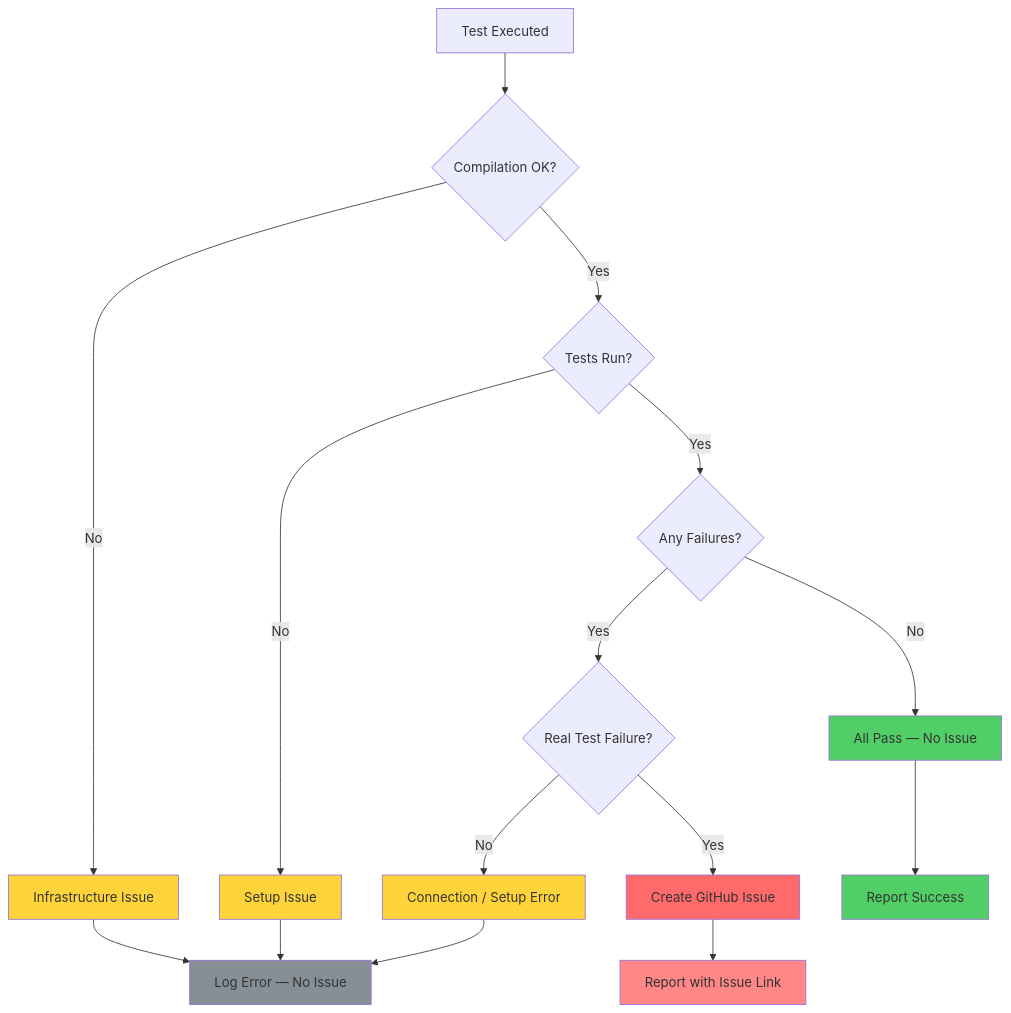
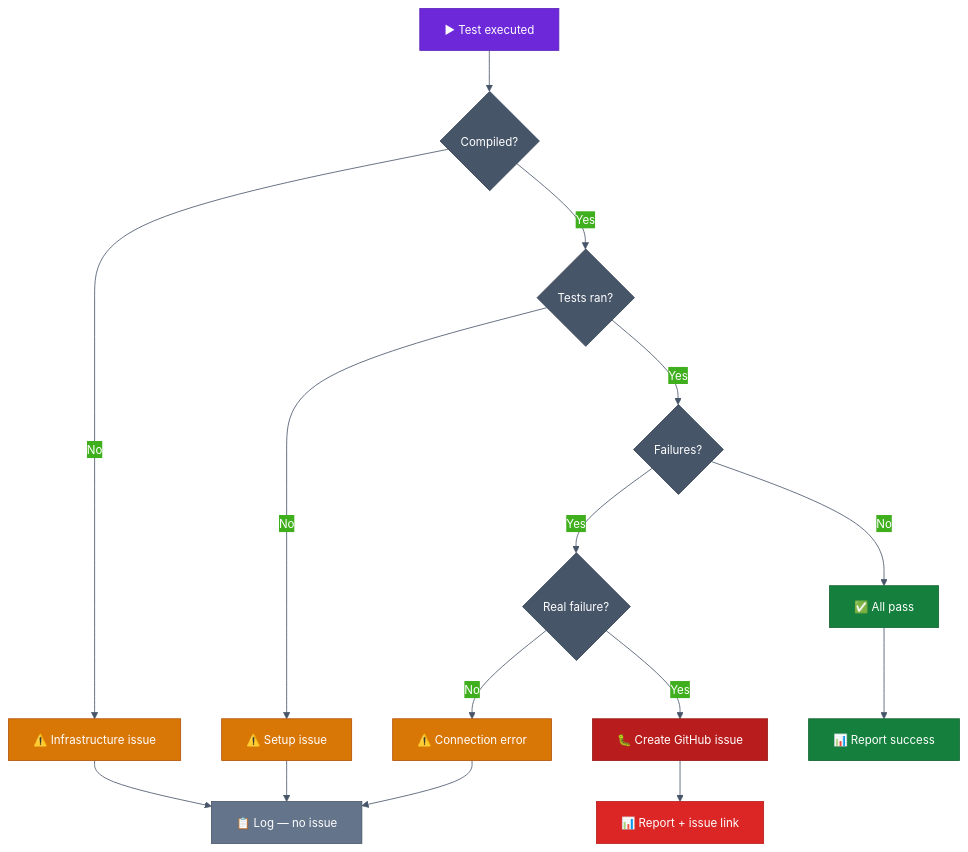
The fifth of 7 diagrams in docs/diagrams/architecture.md (aydabd/glens), drawn with Mermaid before and after one commit. The commit also changed other lines of this file and 5 other files, not shown here.

First line of the commit message:
docs: add Mermaid architecture diagrams for all modules

````diff
--- a/docs/diagrams/architecture.md
+++ b/docs/diagrams/architecture.md
@@ -90,27 +154,33 @@
 ```mermaid
+%%{init: {'theme': 'base', 'themeVariables': {'primaryColor': '#1e40af', 'primaryTextColor': '#fff', 'lineColor': '#475569', 'fontSize': '14px'}}}%%
 flowchart TD
-    A[Test Executed] --> B{Compilation OK?}
-    B -->|No| C[Infrastructure Issue]
-    B -->|Yes| D{Tests Run?}
-    D -->|No| E[Setup Issue]
-    D -->|Yes| F{Any Failures?}
-    F -->|No| G[All Pass — No Issue]
-    F -->|Yes| H{Real Test Failure?}
-    H -->|No| I[Connection / Setup Error]
-    H -->|Yes| J[Create GitHub Issue]
+    A["▶ Test executed"] --> B{Compiled?}
+    B -->|No| C["⚠️ Infrastructure issue"]
+    B -->|Yes| D{Tests ran?}
+    D -->|No| E["⚠️ Setup issue"]
+    D -->|Yes| F{Failures?}
+    F -->|No| G["✅ All pass"]
+    F -->|Yes| H{Real failure?}
+    H -->|No| I["⚠️ Connection error"]
+    H -->|Yes| J["🐛 Create GitHub issue"]
 
-    C --> K[Log Error — No Issue]
+    C --> K["📋 Log — no issue"]
     E --> K
     I --> K
-    G --> L[Report Success]
-    J --> M[Report with Issue Link]
+    G --> L["📊 Report success"]
+    J --> M["📊 Report + issue link"]
 
-    style C fill:#ffd43b
-    style E fill:#ffd43b
-    style I fill:#ffd43b
-    style K fill:#868e96
-    style G fill:#51cf66
-    style J fill:#ff6b6b
-    style L fill:#51cf66
-    style M fill:#ff8787
+    style A fill:#6d28d9,stroke:#5b21b6,color:#fff
+    style B fill:#475569,stroke:#334155,color:#fff
+    style C fill:#d97706,stroke:#b45309,color:#fff
+    style D fill:#475569,stroke:#334155,color:#fff
+    style E fill:#d97706,stroke:#b45309,color:#fff
+    style F fill:#475569,stroke:#334155,color:#fff
+    style G fill:#15803d,stroke:#166534,color:#fff
+    style H fill:#475569,stroke:#334155,color:#fff
+    style I fill:#d97706,stroke:#b45309,color:#fff
+    style J fill:#b91c1c,stroke:#991b1b,color:#fff
+    style K fill:#64748b,stroke:#475569,color:#fff
+    style L fill:#15803d,stroke:#166534,color:#fff
+    style M fill:#dc2626,stroke:#b91c1c,color:#fff
 ```
````
